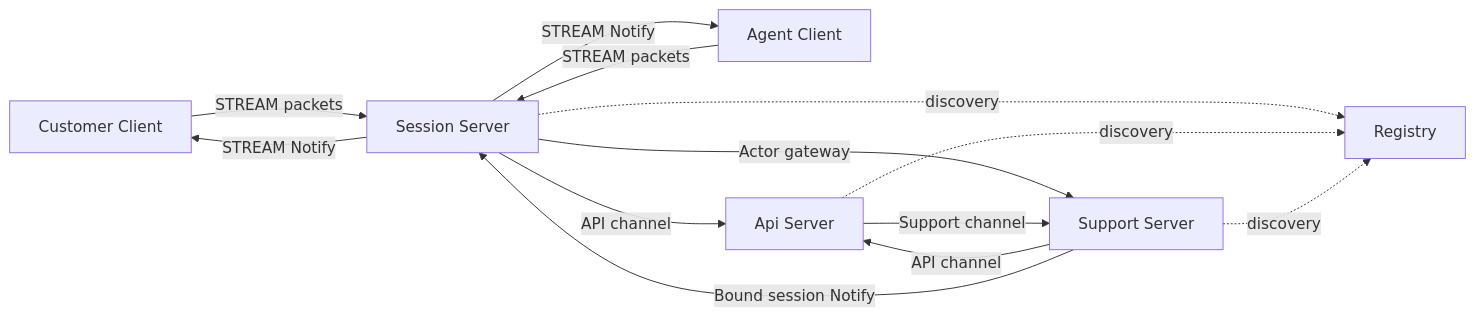
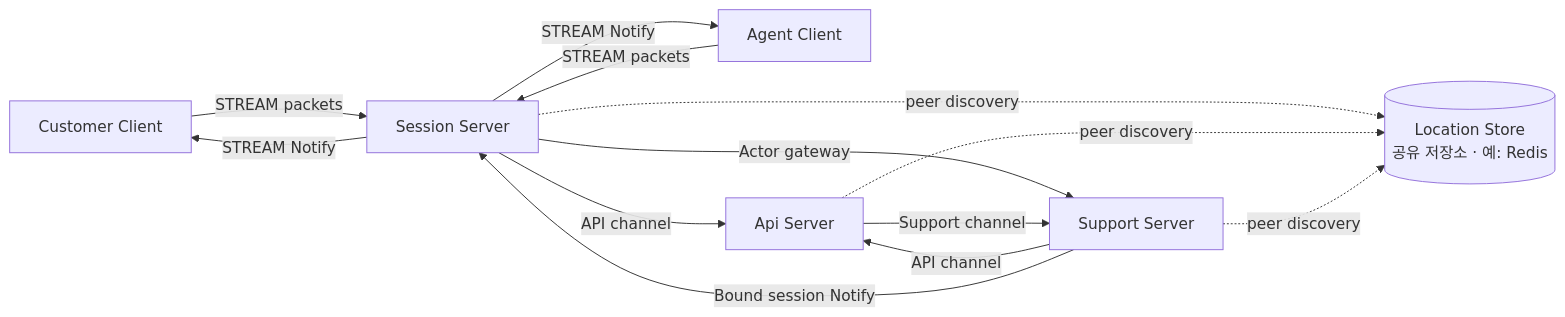
Before and after one commit to kairos-code-dev/zlink: the first of 9 diagrams in framework/doc/framework/common/sample/supportchat/README.ko.md, drawn with Mermaid. The commit also changed other lines of this file and 8 other files, not shown here.

````diff
--- a/framework/doc/framework/common/sample/supportchat/README.ko.md
+++ b/framework/doc/framework/common/sample/supportchat/README.ko.md
@@ -46,22 +46,22 @@
 ```mermaid
 graph LR
     C[Customer Client]
     A[Agent Client]
     S[Session Server]
     API[Api Server]
     SUP[Support Server]
-    R[Registry]
+    LS[("Location Store<br/>공유 저장소 · 예: Redis")]
 
     C -->|STREAM packets| S
     A -->|STREAM packets| S
     S -->|API channel| API
     S -->|Actor gateway| SUP
     SUP -->|API channel| API
     API -->|Support channel| SUP
     SUP -->|Bound session Notify| S
     S -->|STREAM Notify| C
     S -->|STREAM Notify| A
-    S -. discovery .-> R
-    API -. discovery .-> R
-    SUP -. discovery .-> R
+    S -. peer discovery .-> LS
+    API -. peer discovery .-> LS
+    SUP -. peer discovery .-> LS
 ```
````
